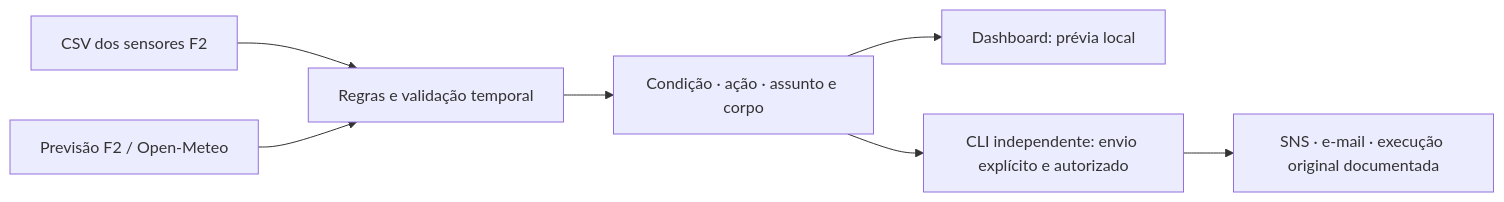
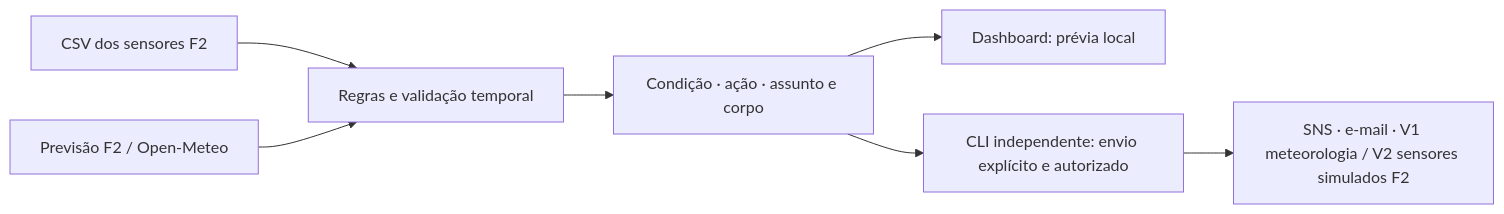
Before and after one commit to georgiamendesrocha/FarmTech-Solutions-integracao-fase7: the second of 2 diagrams in README.md, drawn with Mermaid. The commit also changed other lines of this file and 2 other files, not shown here.

````diff
--- a/README.md
+++ b/README.md
@@ -444,9 +736,9 @@
 ```mermaid
 flowchart LR
     Sensores["CSV dos sensores F2"] --> Regras["Regras e validação temporal"]
     Previsao["Previsão F2 / Open-Meteo"] --> Regras
     Regras --> Mensagem["Condição · ação · assunto e corpo"]
     Mensagem --> Local["Dashboard: prévia local"]
     Mensagem --> CLI["CLI independente: envio explícito e autorizado"]
-    CLI --> SNS["SNS · e-mail · execução original documentada"]
+    CLI --> SNS["SNS · e-mail · V1 meteorologia / V2 sensores simulados F2"]
 ```
````
